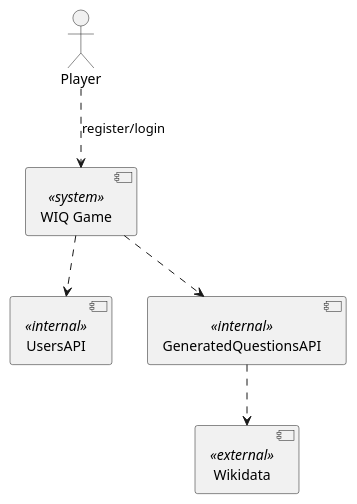
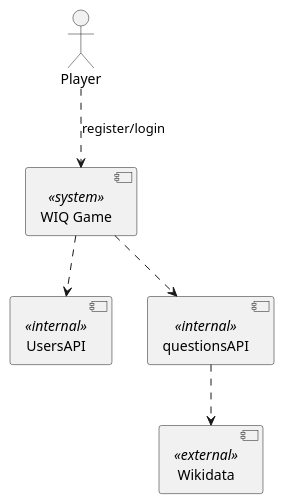
The diagram in docs/src/03_system_scope_and_context.adoc (Arquisoft/wiq_en1a), drawn with PlantUML before and after one commit. The commit also changed other lines of this file and 5 other files, not shown here.

```diff
--- a/docs/src/03_system_scope_and_context.adoc
+++ b/docs/src/03_system_scope_and_context.adoc
@@ -51,13 +56,13 @@
 [plantuml,"Context Diagram",png]
 ----
 actor Player
 [Wikidata] <<external>>
 
 [WIQ Game] <<system>>
 [UsersAPI] <<internal>>
-[GeneratedQuestionsAPI] <<internal>>
+[questionsAPI] <<internal>>
 Player ..> (WIQ Game) : register/login
-[GeneratedQuestionsAPI] ..> Wikidata
+[questionsAPI] ..> Wikidata
 [WIQ Game] ..> UsersAPI
-[WIQ Game] ..> GeneratedQuestionsAPI
+[WIQ Game] ..> questionsAPI
 ----
```
